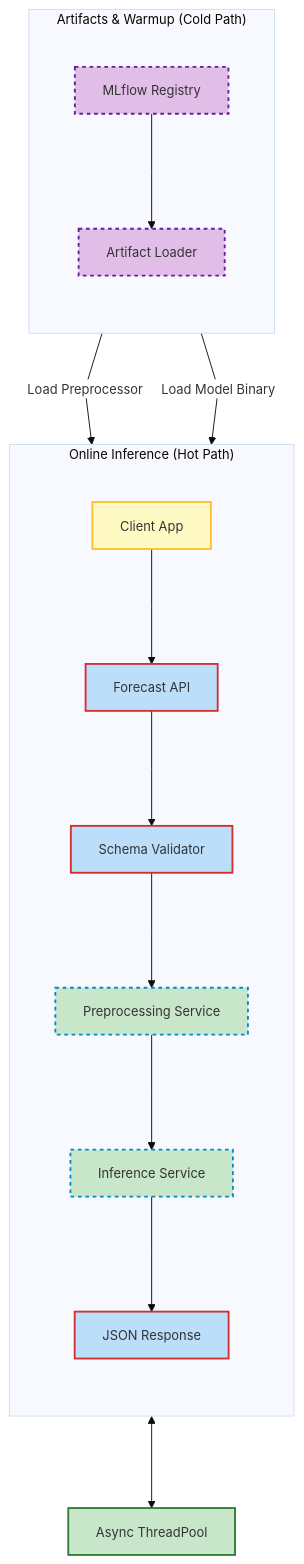
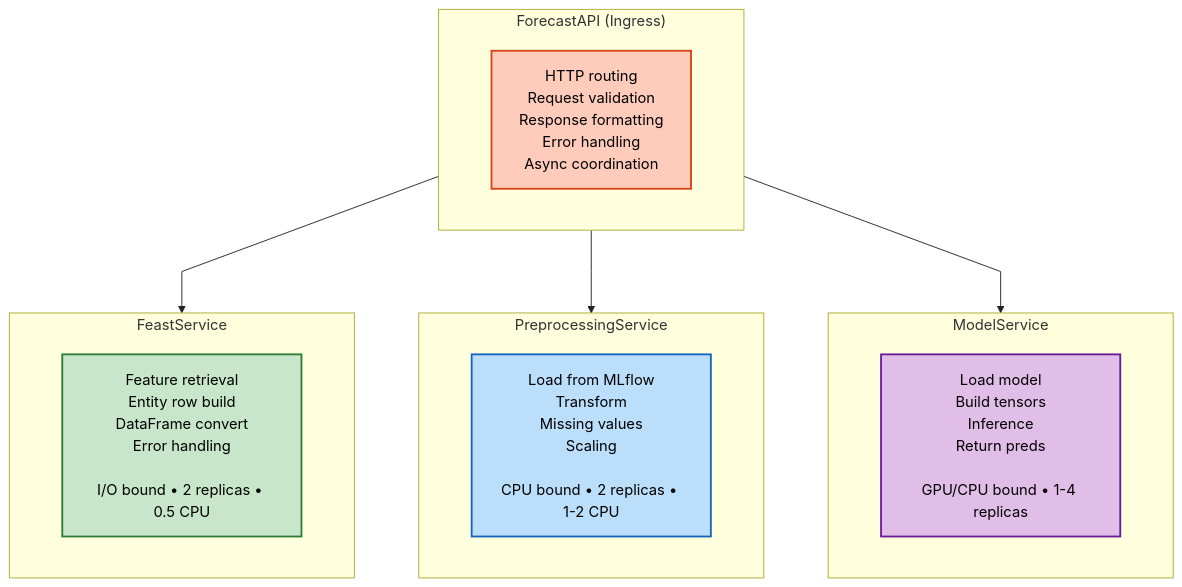
One commit to bambootran89/ml_pipeline_template changed the fifth of 9 diagrams in docs/onlineworkflow.md. Above: the diagram before and after it, drawn with Mermaid. The commit also changed other lines of this file and 4 other files, not shown here.

````diff
--- a/docs/onlineworkflow.md
+++ b/docs/onlineworkflow.md
@@ -1,68 +356,44 @@
 ```mermaid
 %%{init: {
-  "theme": "base",
+  "theme": "default",
   "flowchart": {
-    "nodeSpacing": 80,
-    "rankSpacing": 100,
+    "nodeSpacing": 70,
+    "rankSpacing": 90,
     "curve": "linear"
   },
   "themeVariables": {
-    "fontFamily": "Inter, Arial, sans-serif",
-    "fontSize": "14px",
-    "edgeLabelBackground": "#ffffff"
+    "lineColor": "#222222",
+    "edgeLabelBackground": "#ffffff",
+    "fontSize": "16px",
+    "primaryBorderColor": "#222222",
+    "primaryTextColor": "#000000"
   }
 }}%%
 
-flowchart TD
+flowchart TB
+    classDef api fill:#ffccbc,stroke:#d84315,stroke-width:2px,color:#000
+    classDef feast fill:#c8e6c9,stroke:#2e7d32,stroke-width:2px,color:#000
+    classDef preprocess fill:#bbdefb,stroke:#1565c0,stroke-width:2px,color:#000
+    classDef model fill:#e1bee7,stroke:#6a1b9a,stroke-width:2px,color:#000
 
-%% =========================
-%% Style Definitions
-%% =========================
-classDef client  fill:#fff9c4,stroke:#fbc02d,stroke-width:2px;
-classDef gateway fill:#bbdefb,stroke:#1976d2,stroke-width:2px;
-classDef compute fill:#c8e6c9,stroke:#2e7d32,stroke-width:2px;
-classDef storage fill:#e1bee7,stroke:#6a1b9a,stroke-width:2px,stroke-dasharray:4 4;
-classDef hot      stroke:#d32f2f,stroke-width:2px;
-classDef cold     stroke:#0288d1,stroke-width:2px,stroke-dasharray:4 4;
+    subgraph API["ForecastAPI (Ingress)"]
+        APIResp["HTTP routing<br/>Request validation<br/>Response formatting<br/>Error handling<br/>Async coordination"]:::api
+    end
 
-%% =========================
-%% Hot Path — Online Inference
-%% =========================
-subgraph HOT["Online Inference (Hot Path)"]
-    direction TB
+    subgraph Feast["FeastService"]
+        FeastResp["Feature retrieval<br/>Entity row build<br/>DataFrame convert<br/>Error handling<br/><br/>I/O bound • 2 replicas • 0.5 CPU"]:::feast
+    end
 
-    Client["Client App"]:::client
-    API["Forecast API"]:::gateway
-    Validator["Schema Validator"]:::gateway
-    Preprocess["Preprocessing Service"]:::compute
-    Model["Inference Service"]:::compute
-    Response["JSON Response"]:::gateway
+    subgraph Preprocess["PreprocessingService"]
+        PrepResp["Load from MLflow<br/>Transform<br/>Missing values<br/>Scaling<br/><br/>CPU bound • 2 replicas • 1-2 CPU"]:::preprocess
+    end
 
-    Client --> API:::hot
-    API --> Validator:::hot
-    Validator --> Preprocess:::hot
-    Preprocess --> Model:::hot
-    Model --> Response:::hot
-end
+    subgraph Model["ModelService"]
+        ModelResp["Load model<br/>Build tensors<br/>Inference<br/>Return preds<br/><br/>GPU/CPU bound • 1-4 replicas"]:::model
+    end
 
-%% =========================
-%% Async Execution (Local)
-%% =========================
-AsyncPool["Async ThreadPool"]:::compute
-Preprocess <--> AsyncPool
-
-%% =========================
-%% Cold Path — Artifact Warmup
-%% =========================
-subgraph COLD["Artifacts & Warmup (Cold Path)"]
-    direction TB
-
-    MLflow["MLflow Registry"]:::storage
-    ArtifactHub["Artifact Loader"]:::storage
-
-    MLflow --> ArtifactHub
-    ArtifactHub -->|Load Preprocessor| Preprocess:::cold
-    ArtifactHub -->|Load Model Binary| Model:::cold
-end
+    API --> Feast
+    API --> Preprocess
+    API --> Model
 
 ```
````
